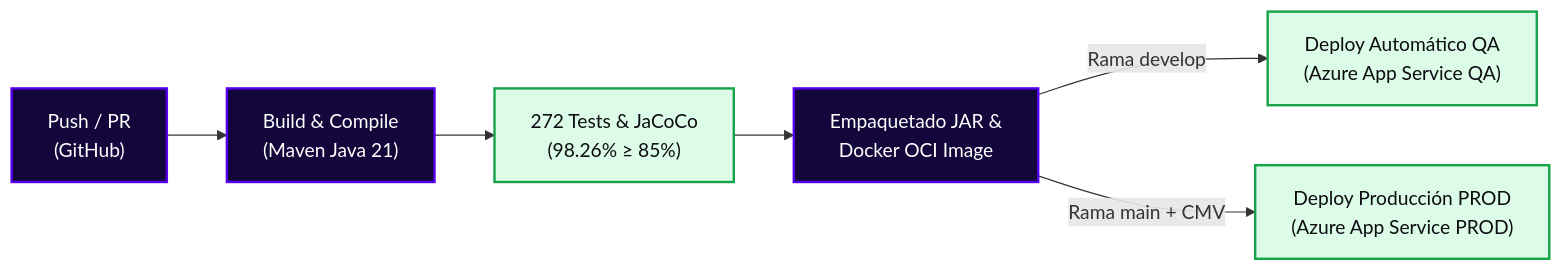
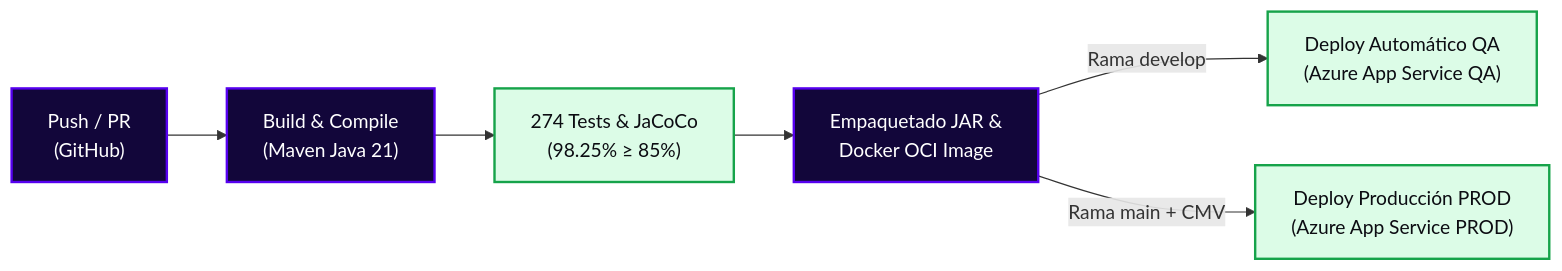
Before and after one commit to StyleRadar1/PT8080-Donations-Service: the diagram in docs/readmes/10-cicd-pipeline.md, drawn with Mermaid. The commit also changed other lines of this file and 9 other files, not shown here.

````diff
--- a/docs/readmes/10-cicd-pipeline.md
+++ b/docs/readmes/10-cicd-pipeline.md
@@ -16,14 +16,14 @@
 ```mermaid
 flowchart LR
     A["Push / PR<br>(GitHub)"] --> B["Build & Compile<br>(Maven Java 21)"]
-    B --> C["272 Tests & JaCoCo<br>(98.26% ≥ 85%)"]
+    B --> C["274 Tests & JaCoCo<br>(98.25% ≥ 85%)"]
     C --> D["Empaquetado JAR &<br>Docker OCI Image"]
     D -->|Rama develop| E["Deploy Automático QA<br>(Azure App Service QA)"]
     D -->|Rama main + CMV| F["Deploy Producción PROD<br>(Azure App Service PROD)"]
 
     classDef step fill:#12063A,stroke:#5600EF,stroke-width:2px,color:#FFFFFF;
     classDef pass fill:#DCFCE7,stroke:#16A34A,stroke-width:2px,color:#0C0C12;
 
     class A,B,D step;
     class C,E,F pass;
 ```
````
